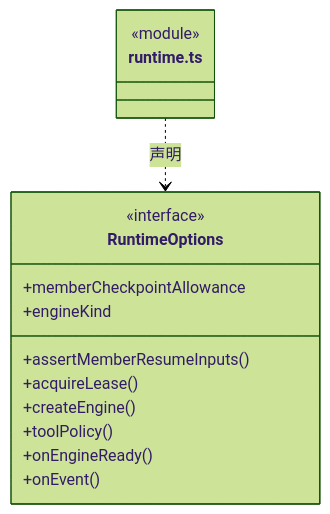
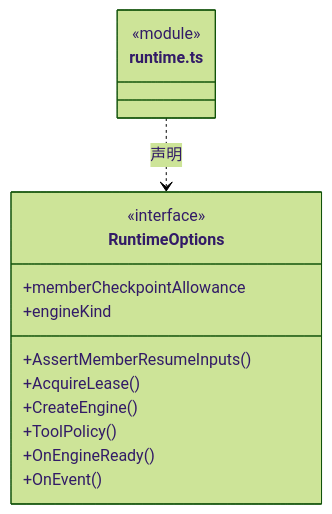
The second of 3 diagrams in src/logic/execution/rules/runtime/ARCHITECTURE.md (nan023062/cbim), drawn with Mermaid (forest theme) before and after one commit. The commit also changed other lines of this file and 1035 other files, not shown here.

````diff
--- a/src/logic/execution/rules/runtime/ARCHITECTURE.md
+++ b/src/logic/execution/rules/runtime/ARCHITECTURE.md
@@ -74,18 +74,18 @@
 ```mermaid
 classDiagram
 class N_src_logic_execution_rules_runtime_runtime_ts["runtime.ts"] {
   <<module>>
 }
 class N_src_logic_execution_rules_runtime_runtime_ts_RuntimeOptions["RuntimeOptions"] {
   <<interface>>
   +memberCheckpointAllowance
-  +assertMemberResumeInputs()
-  +acquireLease()
+  +AssertMemberResumeInputs()
+  +AcquireLease()
   +engineKind
-  +createEngine()
-  +toolPolicy()
-  +onEngineReady()
-  +onEvent()
+  +CreateEngine()
+  +ToolPolicy()
+  +OnEngineReady()
+  +OnEvent()
 }
 N_src_logic_execution_rules_runtime_runtime_ts ..> N_src_logic_execution_rules_runtime_runtime_ts_RuntimeOptions : 声明
 ```
````
